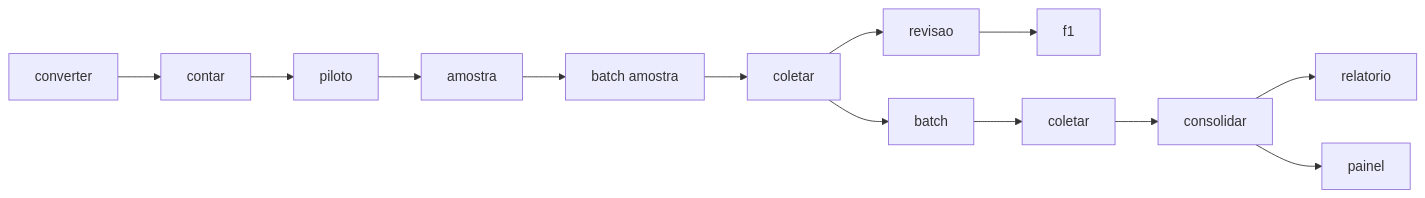
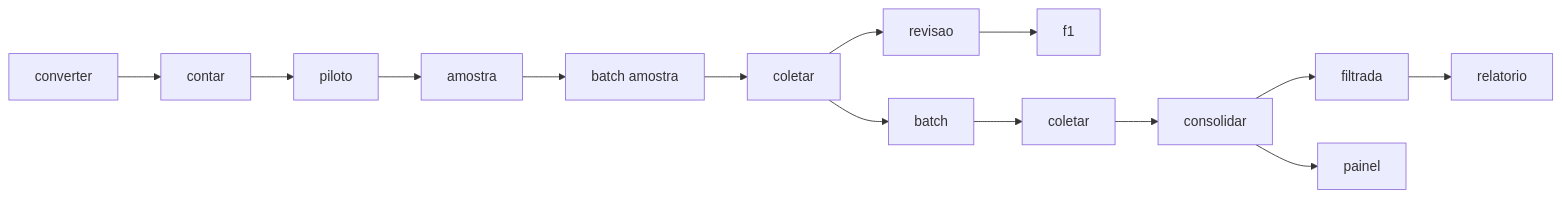
Before and after one commit to SGE-Subsecretaria-de-Gestao-Estrategica/acoes-afirmativas-lpg-editais: the fourth of 4 diagrams in README.md, drawn with Mermaid. The commit also changed other lines of this file and 14 other files, not shown here.

````diff
--- a/README.md
+++ b/README.md
@@ -130,7 +246,7 @@
 ```mermaid
 flowchart LR
     converter --> contar --> piloto --> amostra --> B["batch amostra"] --> coletar
     coletar --> revisao --> f1
-    coletar --> batch --> C[coletar] --> consolidar --> relatorio
+    coletar --> batch --> C[coletar] --> consolidar --> filtrada --> relatorio
     consolidar --> painel
 ```
````
